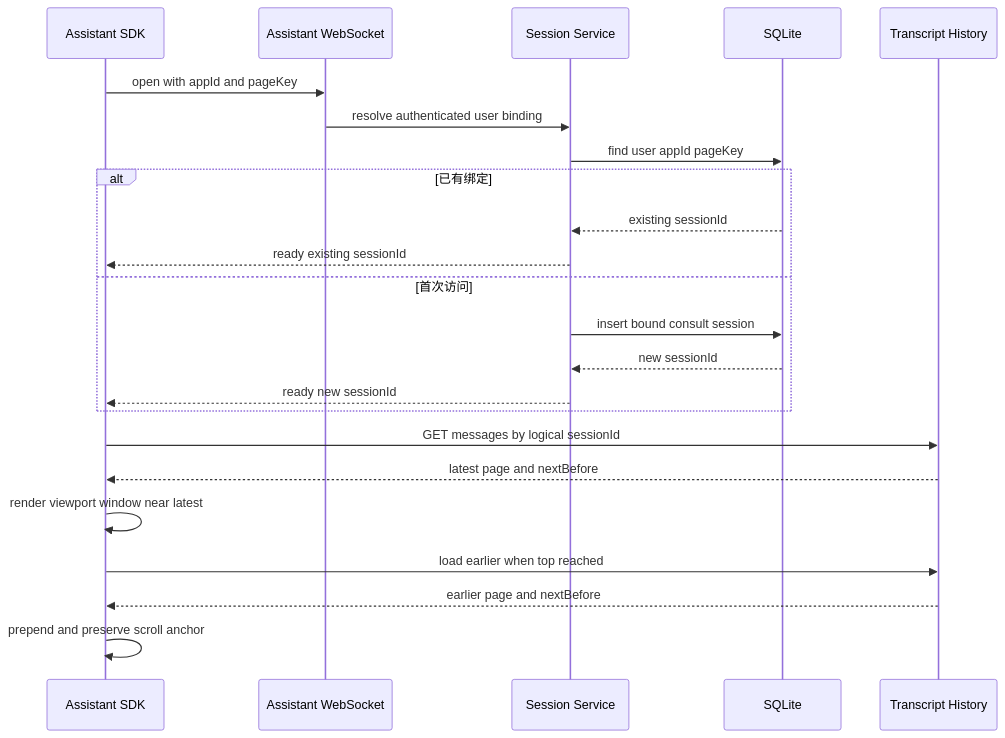
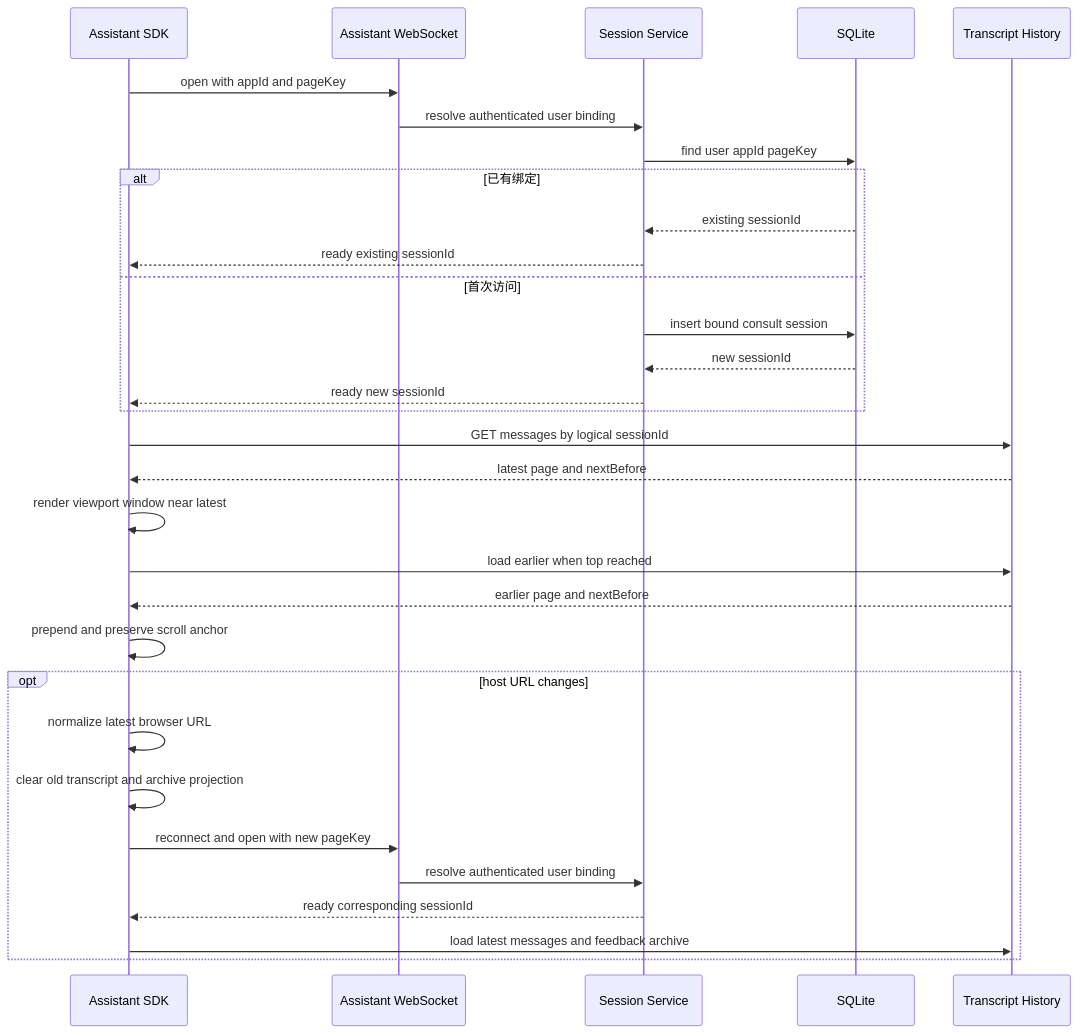
One commit to exception-coder/kai-toolbox changed the sixth of 9 diagrams in docs/design/企业内部多Web系统统一嵌入式AI助手/企业内部多Web系统统一嵌入式AI助手-current.md. Above: the diagram before and after it, drawn with Mermaid. The commit also changed other lines of this file and 34 other files, not shown here.

````diff
--- a/docs/design/企业内部多Web系统统一嵌入式AI助手/企业内部多Web系统统一嵌入式AI助手-current.md
+++ b/docs/design/企业内部多Web系统统一嵌入式AI助手/企业内部多Web系统统一嵌入式AI助手-current.md
@@ -328,26 +339,34 @@
 ```mermaid
 sequenceDiagram
     participant SDK as Assistant SDK
     participant WS as Assistant WebSocket
     participant SESSION as Session Service
     participant DB as SQLite
     participant HISTORY as Transcript History
 
     SDK->>WS: open with appId and pageKey
     WS->>SESSION: resolve authenticated user binding
     SESSION->>DB: find user appId pageKey
     alt 已有绑定
         DB-->>SESSION: existing sessionId
         SESSION-->>SDK: ready existing sessionId
     else 首次访问
         SESSION->>DB: insert bound consult session
         DB-->>SESSION: new sessionId
         SESSION-->>SDK: ready new sessionId
     end
     SDK->>HISTORY: GET messages by logical sessionId
     HISTORY-->>SDK: latest page and nextBefore
     SDK->>SDK: render viewport window near latest
     SDK->>HISTORY: load earlier when top reached
     HISTORY-->>SDK: earlier page and nextBefore
     SDK->>SDK: prepend and preserve scroll anchor
+    opt host URL changes
+        SDK->>SDK: normalize latest browser URL
+        SDK->>SDK: clear old transcript and archive projection
+        SDK->>WS: reconnect and open with new pageKey
+        WS->>SESSION: resolve authenticated user binding
+        SESSION-->>SDK: ready corresponding sessionId
+        SDK->>HISTORY: load latest messages and feedback archive
+    end
 ```
````
